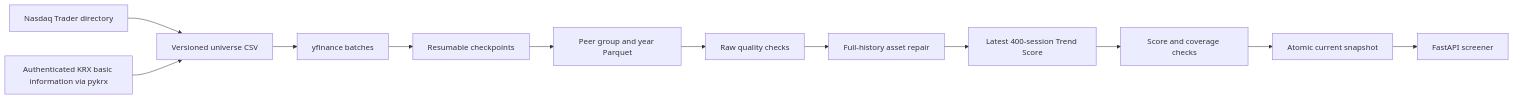
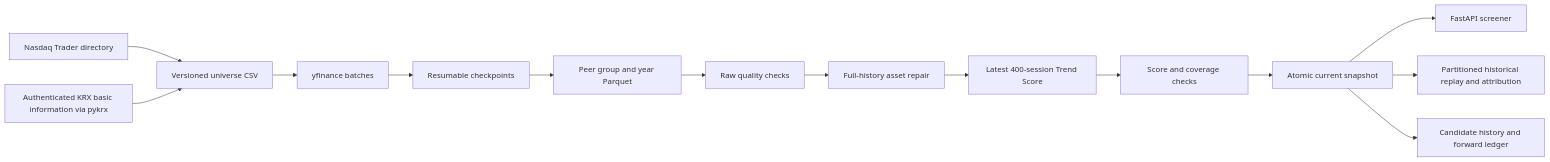
The first of 2 diagrams in docs/architecture.md (qorlgns1/trading), drawn with Mermaid before and after one commit. The commit also changed other lines of this file and 50 other files, not shown here.

````diff
--- a/docs/architecture.md
+++ b/docs/architecture.md
@@ -16,14 +16,16 @@
 ```mermaid
 flowchart LR
     Nasdaq[Nasdaq Trader directory] --> Universe[Versioned universe CSV]
     KRX[Authenticated KRX basic information via pykrx] --> Universe
     Universe --> Fetch[yfinance batches]
     Fetch --> Checkpoints[Resumable checkpoints]
     Checkpoints --> Bars[Peer group and year Parquet]
     Bars --> RawQuality[Raw quality checks]
     RawQuality --> Repair[Full-history asset repair]
     Repair --> Score[Latest 400-session Trend Score]
     Score --> ScoreQuality[Score and coverage checks]
     ScoreQuality --> Snapshot[Atomic current snapshot]
     Snapshot --> API[FastAPI screener]
+    Snapshot --> Replay[Partitioned historical replay and attribution]
+    Snapshot --> Forward[Candidate history and forward ledger]
 ```
````
